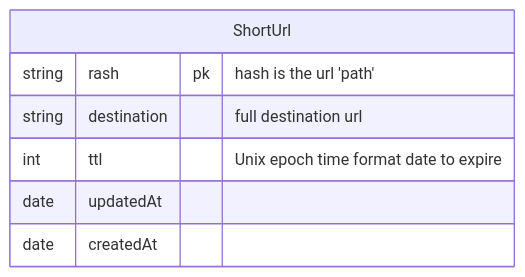
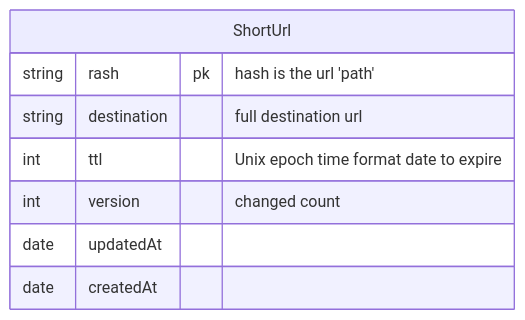
Before and after one commit to vzsoares/shortener: the diagram in docs/entity.md, drawn with Mermaid. The commit also changed 3 other files, not shown here.

````diff
--- a/docs/entity.md
+++ b/docs/entity.md
@@ -1,11 +1,11 @@
 ```mermaid
 erDiagram
     ShortUrl {
         string rash pk "hash is the url 'path' "
         string destination "full destination url"
-        %% string status "enum:EXPIRED|ACTIVE"
         int ttl "Unix epoch time format date to expire"
+        int version "changed count"
         date updatedAt
         date createdAt
     }
 ```
````
